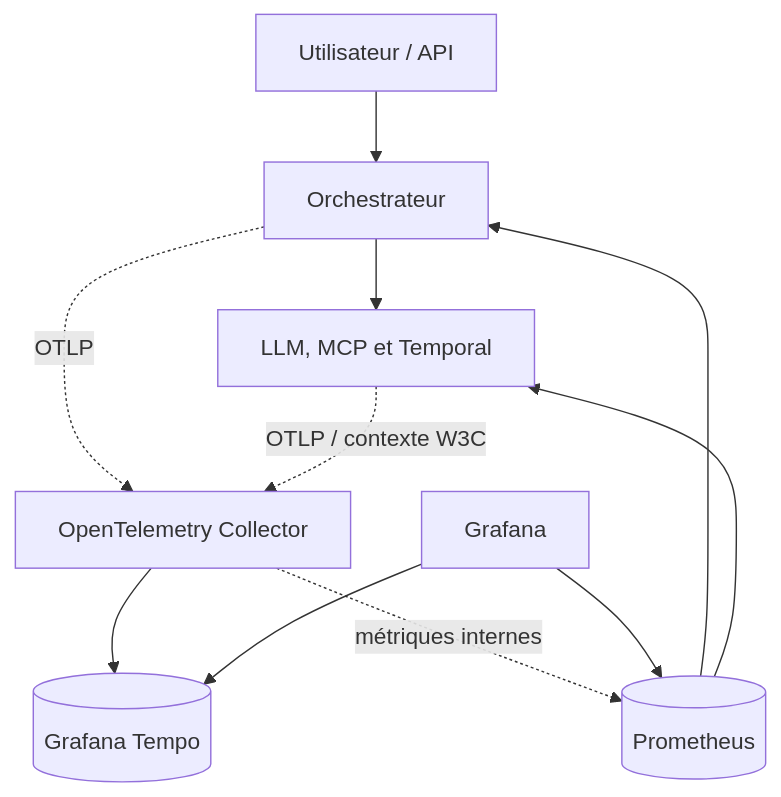
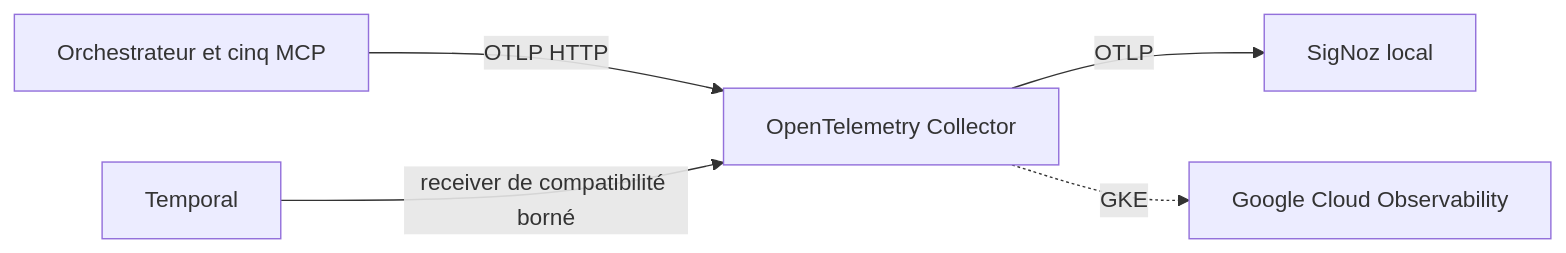
Before and after one commit to dbeaumont/ai-software-factory-local: the diagram in docs/delivery/roadmap/strategie-opentelemetry.md, drawn with Mermaid. The commit also changed other lines of this file and 19 other files, not shown here.

````diff
--- a/docs/delivery/roadmap/strategie-opentelemetry.md
+++ b/docs/delivery/roadmap/strategie-opentelemetry.md
@@ -103,13 +18,7 @@
 ```mermaid
-flowchart TB
-    U[Utilisateur / API] --> O[Orchestrateur]
-    O --> D[LLM, MCP et Temporal]
-    O -. OTLP .-> C[OpenTelemetry Collector]
-    D -. OTLP / contexte W3C .-> C
-    C --> T[(Grafana Tempo)]
-    P[(Prometheus)] --> O
-    P --> D
-    C -. métriques internes .-> P
-    G[Grafana] --> T
-    G --> P
+flowchart LR
+  A[Orchestrateur et cinq MCP] -->|OTLP HTTP| C[OpenTelemetry Collector]
+  T[Temporal] -->|receiver de compatibilité borné| C
+  C -->|OTLP| S[SigNoz local]
+  C -. GKE .-> G[Google Cloud Observability]
 ```
````
